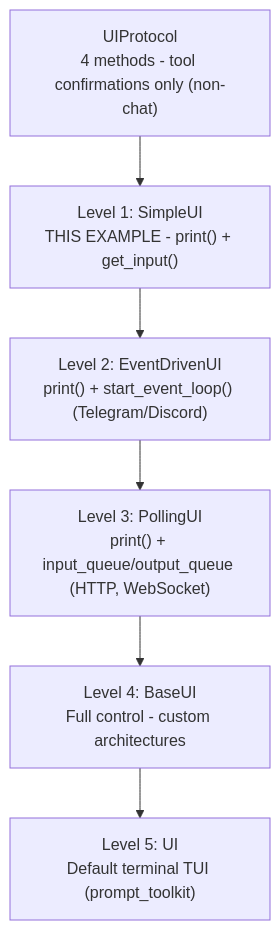
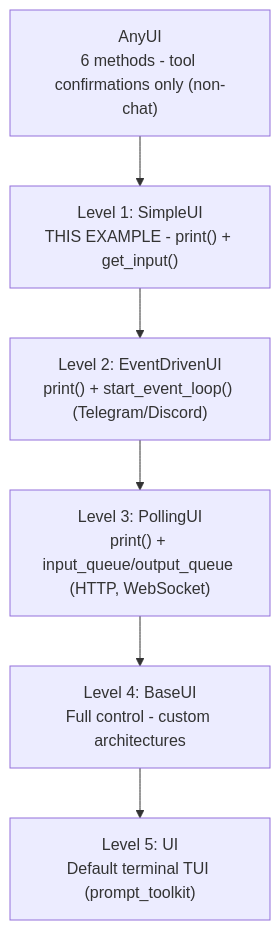
One commit to state-alchemists/zrb changed the diagram in examples/chat-minimal-ui/README.md. Above: the diagram before and after it, drawn with Mermaid. The commit also changed other lines of this file and 16 other files, not shown here.

````diff
--- a/examples/chat-minimal-ui/README.md
+++ b/examples/chat-minimal-ui/README.md
@@ -15,11 +15,11 @@
 ```mermaid
 flowchart TB
-    Protocol["UIProtocol<br/>4 methods - tool confirmations only (non-chat)"]
+    AnyUI["AnyUI<br/>6 methods - tool confirmations only (non-chat)"]
     Level1["Level 1: SimpleUI<br/>THIS EXAMPLE - print() + get_input()"]
     Level2["Level 2: EventDrivenUI<br/>print() + start_event_loop() (Telegram/Discord)"]
     Level3["Level 3: PollingUI<br/>print() + input_queue/output_queue (HTTP, WebSocket)"]
     Level4["Level 4: BaseUI<br/>Full control - custom architectures"]
     Level5["Level 5: UI<br/>Default terminal TUI (prompt_toolkit)"]
 
-    Protocol --> Level1 --> Level2 --> Level3 --> Level4 --> Level5
+    AnyUI --> Level1 --> Level2 --> Level3 --> Level4 --> Level5
 ```
````
